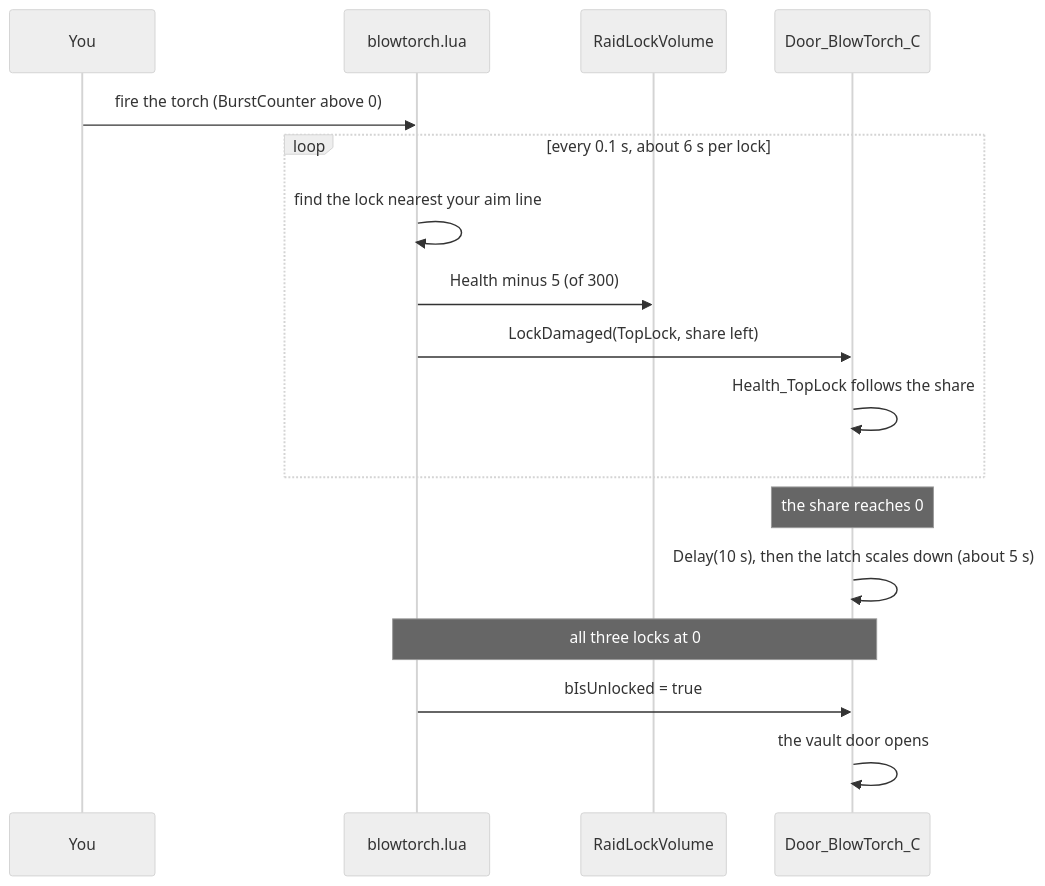
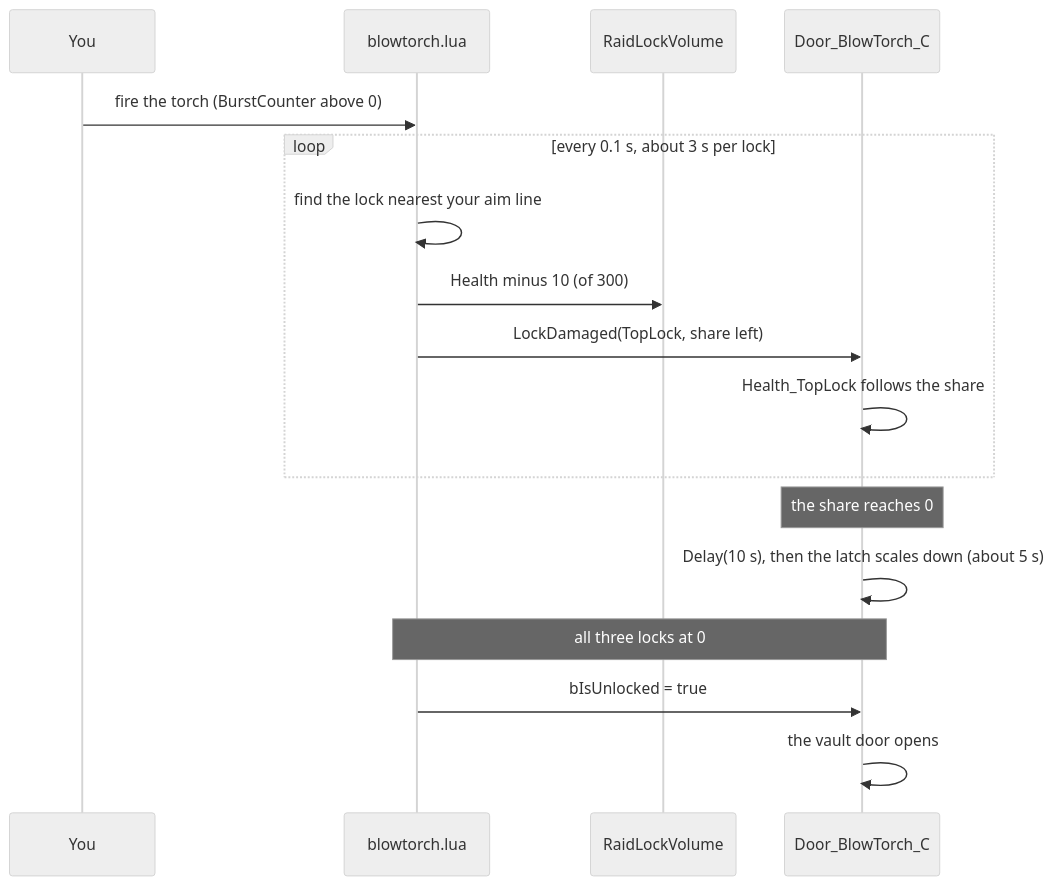
One commit to HaywireHayley/Marauders-PvE changed the second of 4 diagrams in mods/PvEDirector/BLOWTORCH.md. Above: the diagram before and after it, drawn with Mermaid (neutral theme). The commit also changed other lines of this file and 2 other files, not shown here.

````diff
--- a/mods/PvEDirector/BLOWTORCH.md
+++ b/mods/PvEDirector/BLOWTORCH.md
@@ -37,20 +37,20 @@
 ```mermaid
 sequenceDiagram
     participant You
     participant Mod as blowtorch.lua
     participant Vol as RaidLockVolume
     participant Door as Door_BlowTorch_C
 
     You->>Mod: fire the torch (BurstCounter above 0)
-    loop every 0.1 s, about 6 s per lock
+    loop every 0.1 s, about 3 s per lock
         Mod->>Mod: find the lock nearest your aim line
-        Mod->>Vol: Health minus 5 (of 300)
+        Mod->>Vol: Health minus 10 (of 300)
         Mod->>Door: LockDamaged(TopLock, share left)
         Door->>Door: Health_TopLock follows the share
     end
     Note over Door: the share reaches 0
     Door->>Door: Delay(10 s), then the latch scales down (about 5 s)
     Note over Mod,Door: all three locks at 0
     Mod->>Door: bIsUnlocked = true
     Door->>Door: the vault door opens
 ```
````
